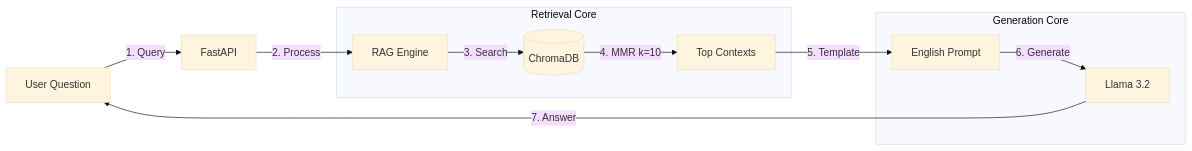
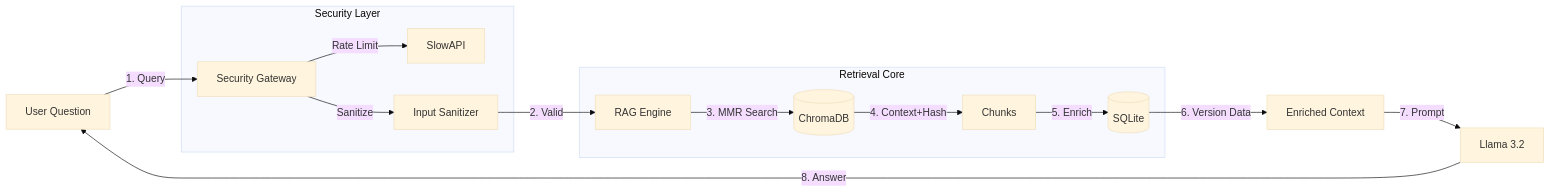
One commit to Enmo7/ChatBot_with_Rag_System changed the second of 2 diagrams in README.md. Above: the diagram before and after it, drawn with Mermaid (base theme). The commit also changed other lines of this file and 10 other files, not shown here.

````diff
--- a/README.md
+++ b/README.md
@@ -53,17 +55,21 @@
 ```mermaid
 graph LR
-    User[User Question] -->|1. Query| API[FastAPI]
-    API -->|2. Process| RAG[RAG Engine]
+    User[User Question] -->|1. Query| Gate[Security Gateway]
+    
+    subgraph Security[Security Layer]
+        Gate -->|Rate Limit| Limiter[SlowAPI]
+        Gate -->|Sanitize| Cleaner[Input Sanitizer]
+    end
+    
+    Cleaner -->|2. Valid| Engine[RAG Engine]
     
     subgraph Retrieval[Retrieval Core]
-        RAG -->|3. Search| DB[(ChromaDB)]
-        DB -->|4. MMR k=10| Context[Top Contexts]
+        Engine -->|3. MMR Search| VectorDB[(ChromaDB)]
+        VectorDB -->|4. Context+Hash| Context[Chunks]
+        Context -->|5. Enrich| SQL[(SQLite)]
     end
     
-    subgraph Generation[Generation Core]
-        Context -->|5. Template| Prompt[English Prompt]
-        Prompt -->|6. Generate| LLM[Llama 3.2]
-    end
-    
-    LLM -->|7. Answer| User
+    SQL -->|6. Version Data| RichContext[Enriched Context]
+    RichContext -->|7. Prompt| LLM[Llama 3.2]
+    LLM -->|8. Answer| User
 ```
````
